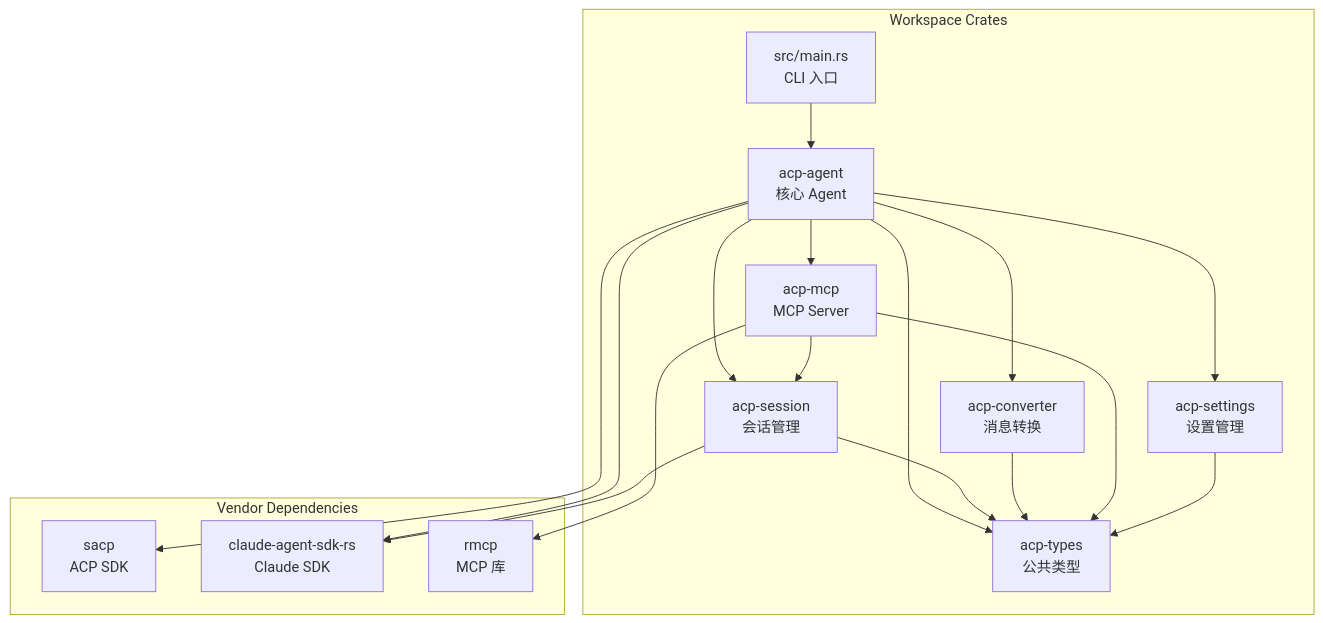
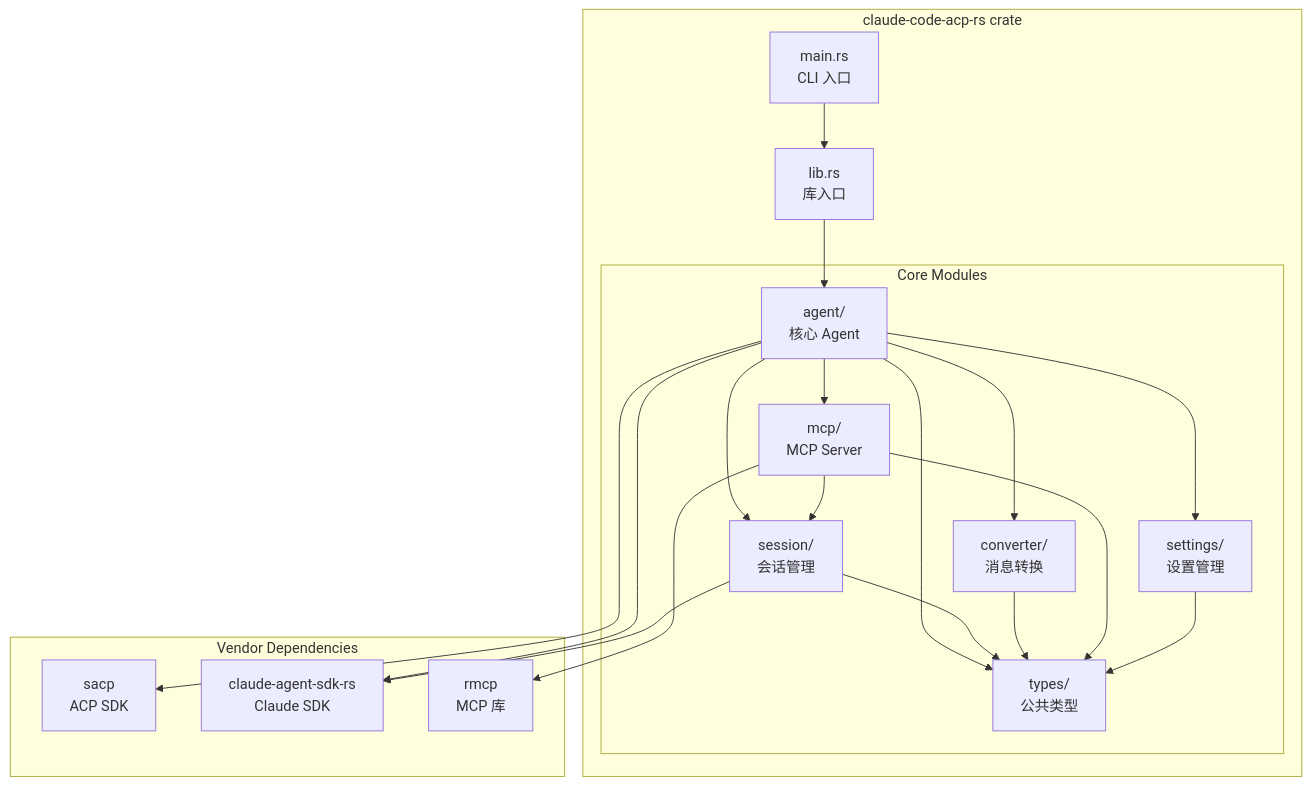
Before and after one commit to soddygo/claude-code-acp-rs: the fourth of 8 diagrams in specs/claude-code-acp/claude-code-acp-spec.md, drawn with Mermaid. The commit also changed other lines of this file and 7 other files, not shown here.

````diff
--- a/specs/claude-code-acp/claude-code-acp-spec.md
+++ b/specs/claude-code-acp/claude-code-acp-spec.md
@@ -318,38 +416,43 @@
 ```mermaid
 graph TB
-    subgraph "Workspace Crates"
-        CLI[src/main.rs<br/>CLI 入口]
-        Agent[acp-agent<br/>核心 Agent]
-        Session[acp-session<br/>会话管理]
-        Converter[acp-converter<br/>消息转换]
-        MCP[acp-mcp<br/>MCP Server]
-        Settings[acp-settings<br/>设置管理]
-        Types[acp-types<br/>公共类型]
+    subgraph "claude-code-acp-rs crate"
+        Main[main.rs<br/>CLI 入口]
+        Lib[lib.rs<br/>库入口]
+
+        subgraph "Core Modules"
+            Agent[agent/<br/>核心 Agent]
+            Session[session/<br/>会话管理]
+            Converter[converter/<br/>消息转换]
+            MCP[mcp/<br/>MCP Server]
+            Settings[settings/<br/>设置管理]
+            Types[types/<br/>公共类型]
+        end
     end
 
     subgraph "Vendor Dependencies"
         SACP[sacp<br/>ACP SDK]
         ClaudeSDK[claude-agent-sdk-rs<br/>Claude SDK]
         RMCP[rmcp<br/>MCP 库]
     end
 
-    CLI --> Agent
+    Main --> Lib
+    Lib --> Agent
     Agent --> Session
     Agent --> Converter
     Agent --> MCP
     Agent --> Settings
     Agent --> Types
     Agent --> SACP
     Agent --> ClaudeSDK
 
     Session --> Types
     Session --> ClaudeSDK
 
     Converter --> Types
 
     MCP --> Types
     MCP --> Session
     MCP --> RMCP
 
     Settings --> Types
 ```
````
